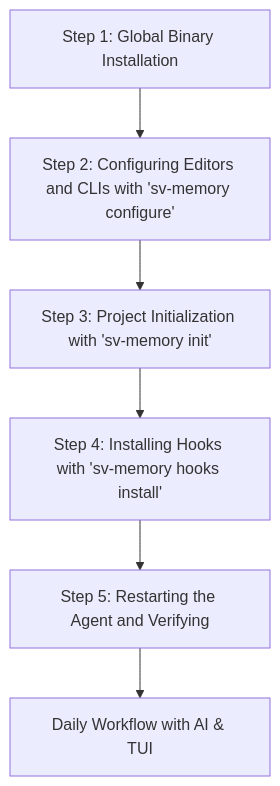
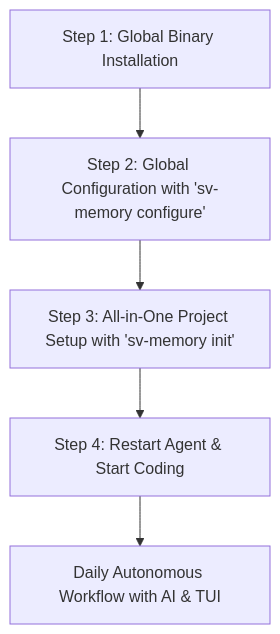
The diagram in documentation/getting_started_guide.md (svtech-code/sv-memory), drawn with Mermaid before and after one commit. The commit also changed other lines of this file and 8 other files, not shown here.

Commit message:
docs(setup): streamline getting started guide to 3-step flow and update post-update instructions

````diff
--- a/documentation/getting_started_guide.md
+++ b/documentation/getting_started_guide.md
@@ -25,8 +25,7 @@
 ```mermaid
 flowchart TD
-    P1[Step 1: Global Binary Installation] --> P2[Step 2: Configuring Editors and CLIs with 'sv-memory configure']
-    P2 --> P3[Step 3: Project Initialization with 'sv-memory init']
-    P3 --> P4[Step 4: Installing Hooks with 'sv-memory hooks install']
-    P4 --> P5[Step 5: Restarting the Agent and Verifying]
-    P5 --> D[Daily Workflow with AI & TUI]
+    P1[Step 1: Global Binary Installation] --> P2[Step 2: Global Configuration with 'sv-memory configure']
+    P2 --> P3[Step 3: All-in-One Project Setup with 'sv-memory init']
+    P3 --> P4[Step 4: Restart Agent & Start Coding]
+    P4 --> D[Daily Autonomous Workflow with AI & TUI]
 ```
````
